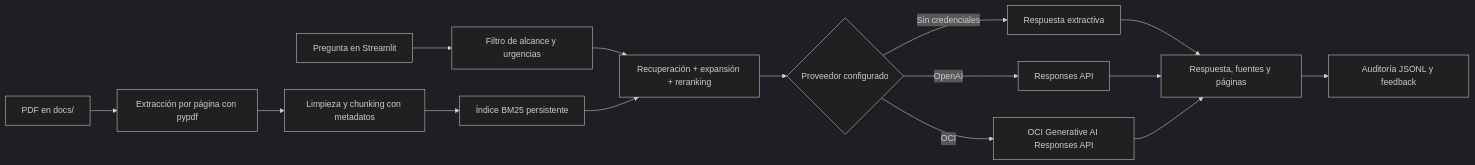
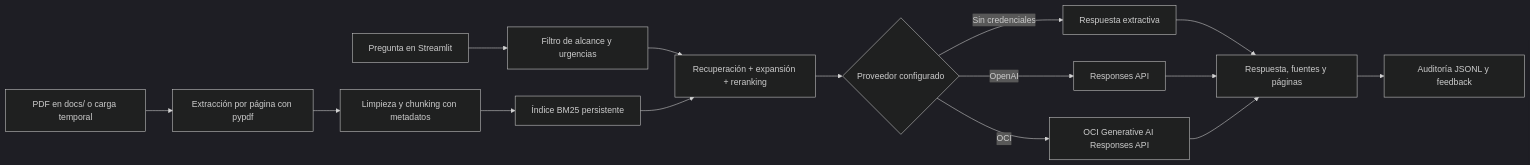
The diagram in README.md (EmiEscudero/Challenge_AluraAgente-AAMIA), drawn with Mermaid (dark theme) before and after one commit. The commit also changed other lines of this file and 4 other files, not shown here.

````diff
--- a/README.md
+++ b/README.md
@@ -56,17 +59,17 @@
 ```mermaid
 flowchart LR
-    A["PDF en docs/"] --> B["Extracción por página con pypdf"]
+    A["PDF en docs/ o carga temporal"] --> B["Extracción por página con pypdf"]
     B --> C["Limpieza y chunking con metadatos"]
     C --> D["Índice BM25 persistente"]
     Q["Pregunta en Streamlit"] --> S["Filtro de alcance y urgencias"]
     S --> R["Recuperación + expansión + reranking"]
     D --> R
     R --> G{"Proveedor configurado"}
     G -->|Sin credenciales| E["Respuesta extractiva"]
     G -->|OpenAI| O["Responses API"]
     G -->|OCI| I["OCI Generative AI Responses API"]
     E --> U["Respuesta, fuentes y páginas"]
     O --> U
     I --> U
     U --> L["Auditoría JSONL y feedback"]
 ```
````
